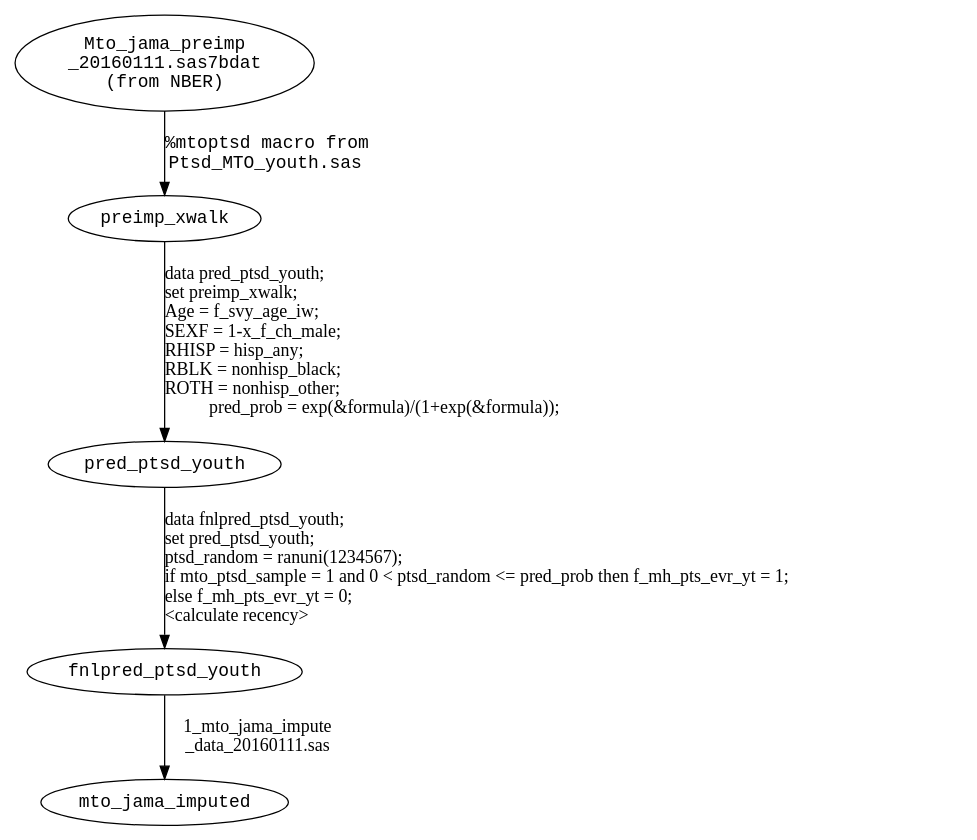
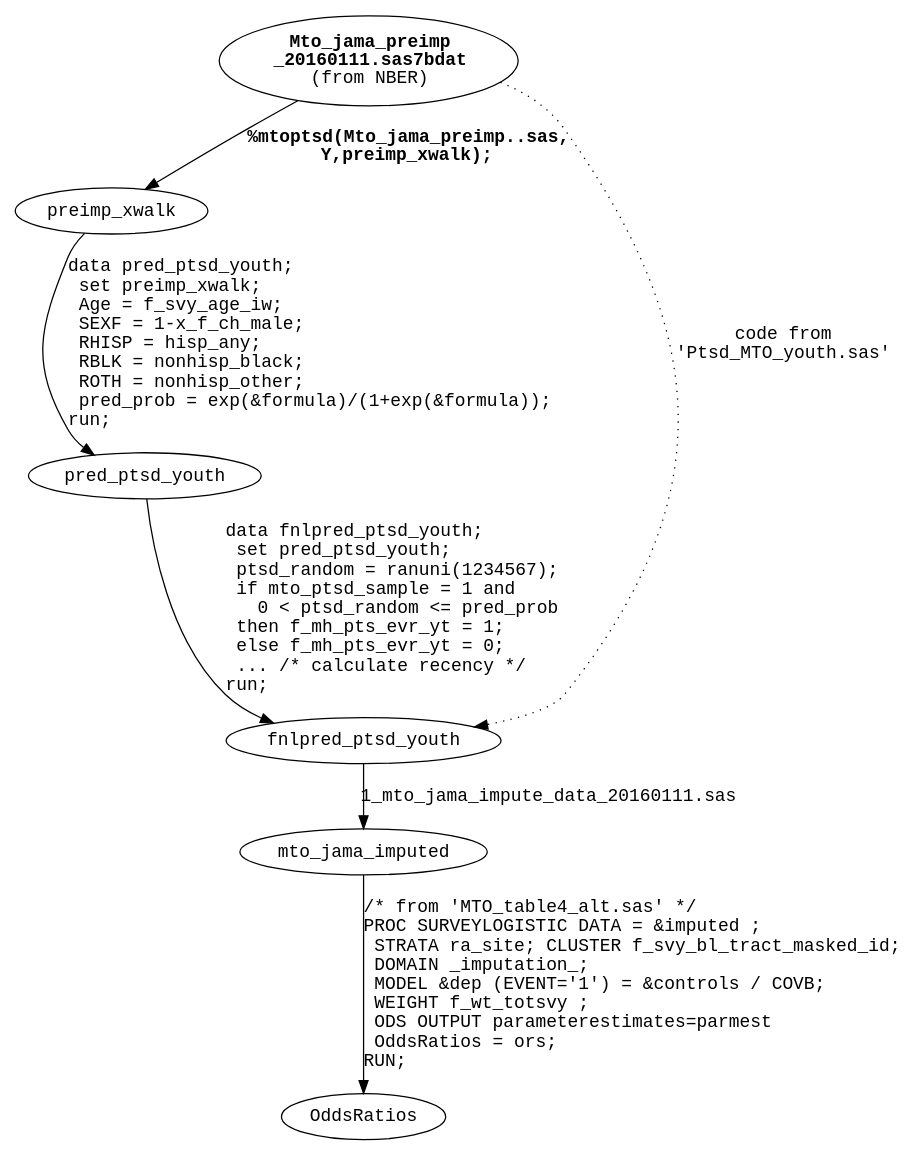
Before and after one commit to Precisfice/MTOpublic: the diagram in theory/dataflows.org, drawn with Graphviz. The commit also changed 1 other file, not shown here.

Commit message:
Complete 1st draft of 'dataflows' diagram

```diff
--- a/theory/dataflows.org
+++ b/theory/dataflows.org
@@ -2,12 +2,14 @@
 #+BEGIN_SRC dot :file dataflow.pdf :exports results :cmdline -Tpdf:cairo
 digraph g {
   node [fontname="Courier"]
-  preimp [label="Mto_jama_preimp\n_20160111.sas7bdat\n(from NBER)"]
+  preimp [label=<<b>Mto_jama_preimp<br/>_20160111.sas7bdat</b><br/>(from NBER)> fontname="Courier"]
   preimp_xwalk [label=preimp_xwalk]
   pred_ptsd_youth [label=pred_ptsd_youth]
-  preimp -> preimp_xwalk [label="%mtoptsd macro from\lPtsd_MTO_youth.sas" fontname="Courier"]
-  preimp_xwalk -> pred_ptsd_youth [label="data pred_ptsd_youth;\lset preimp_xwalk;\lAge = f_svy_age_iw;\lSEXF = 1-x_f_ch_male;\lRHISP = hisp_any;\lRBLK = nonhisp_black;\lROTH = nonhisp_other;\lpred_prob = exp(&formula)/(1+exp(&formula));"]
-  pred_ptsd_youth -> fnlpred_ptsd_youth [label="data fnlpred_ptsd_youth;\lset pred_ptsd_youth;\lptsd_random = ranuni(1234567);\lif mto_ptsd_sample = 1 and 0 < ptsd_random <= pred_prob then f_mh_pts_evr_yt = 1;\lelse f_mh_pts_evr_yt = 0;\l<calculate recency>\l"]
-  fnlpred_ptsd_youth -> mto_jama_imputed [label="1_mto_jama_impute\n_data_20160111.sas"]
+  preimp -> preimp_xwalk [label=<<b>%mtoptsd(Mto_jama_preimp..sas,<br/>Y,preimp_xwalk);</b>> fontname="Courier"]
+  preimp_xwalk -> pred_ptsd_youth [label="data pred_ptsd_youth;\l  set preimp_xwalk;\l  Age = f_svy_age_iw;\l  SEXF = 1-x_f_ch_male;\l  RHISP = hisp_any;\l  RBLK = nonhisp_black;\l  ROTH = nonhisp_other;\l  pred_prob = exp(&formula)/(1+exp(&formula));\lrun;\l" fontname="Courier"]
+  pred_ptsd_youth -> fnlpred_ptsd_youth [label="data fnlpred_ptsd_youth;\l  set pred_ptsd_youth;\l  ptsd_random = ranuni(1234567);\l  if mto_ptsd_sample = 1 and\l    0 < ptsd_random <= pred_prob\l  then f_mh_pts_evr_yt = 1;\l  else f_mh_pts_evr_yt = 0;\l  ... /* calculate recency */\lrun;\l" fontname="Courier"]
+  preimp -> fnlpred_ptsd_youth [label="code from\n'Ptsd_MTO_youth.sas'" fontname="Courier" style="dotted"]
+  fnlpred_ptsd_youth -> mto_jama_imputed [label="1_mto_jama_impute_data_20160111.sas" fontname="Courier"]
+  mto_jama_imputed -> OddsRatios [label="/* from 'MTO_table4_alt.sas' */\lPROC SURVEYLOGISTIC DATA = &imputed ;\l  STRATA ra_site; CLUSTER f_svy_bl_tract_masked_id;\l  DOMAIN _imputation_;\l  MODEL &dep (EVENT='1') = &controls / COVB;\l  WEIGHT f_wt_totsvy ;\l  ODS OUTPUT parameterestimates=parmest\l  OddsRatios = ors;\lRUN;\l" fontname="Courier"]
 }
 #+END_SRC
```
